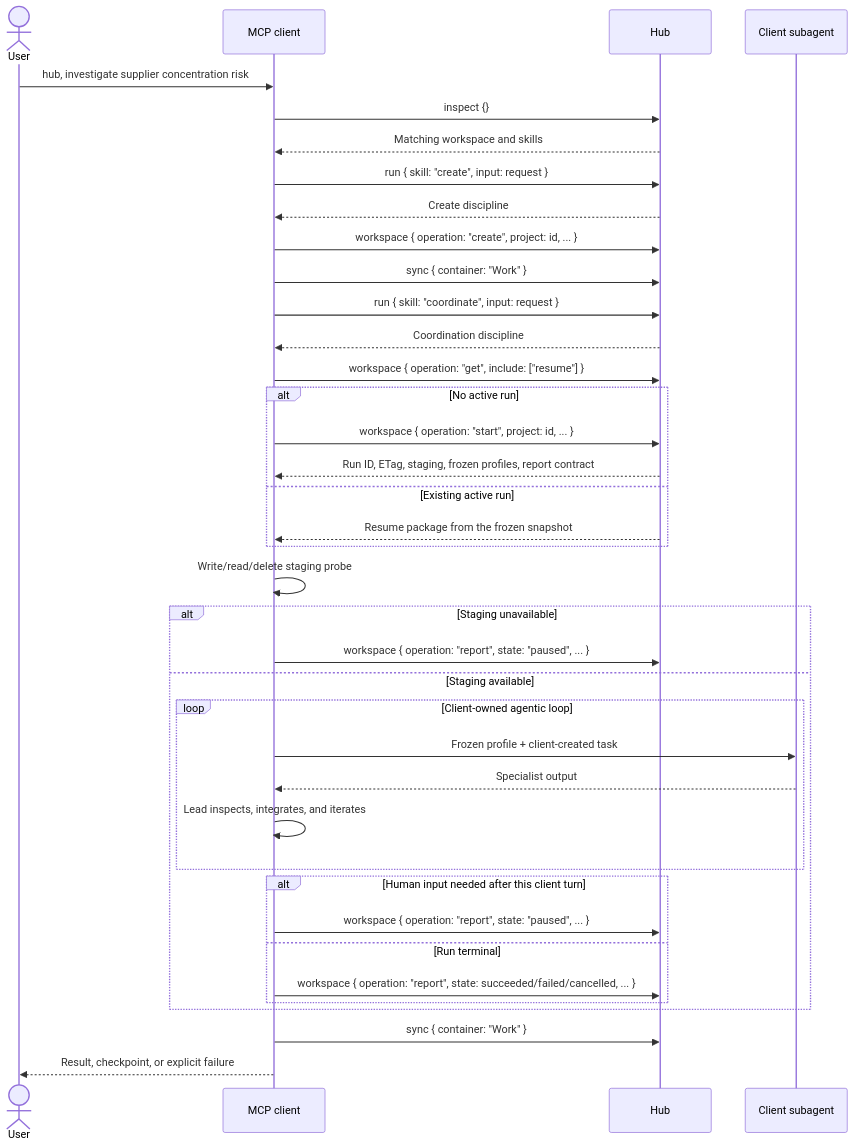
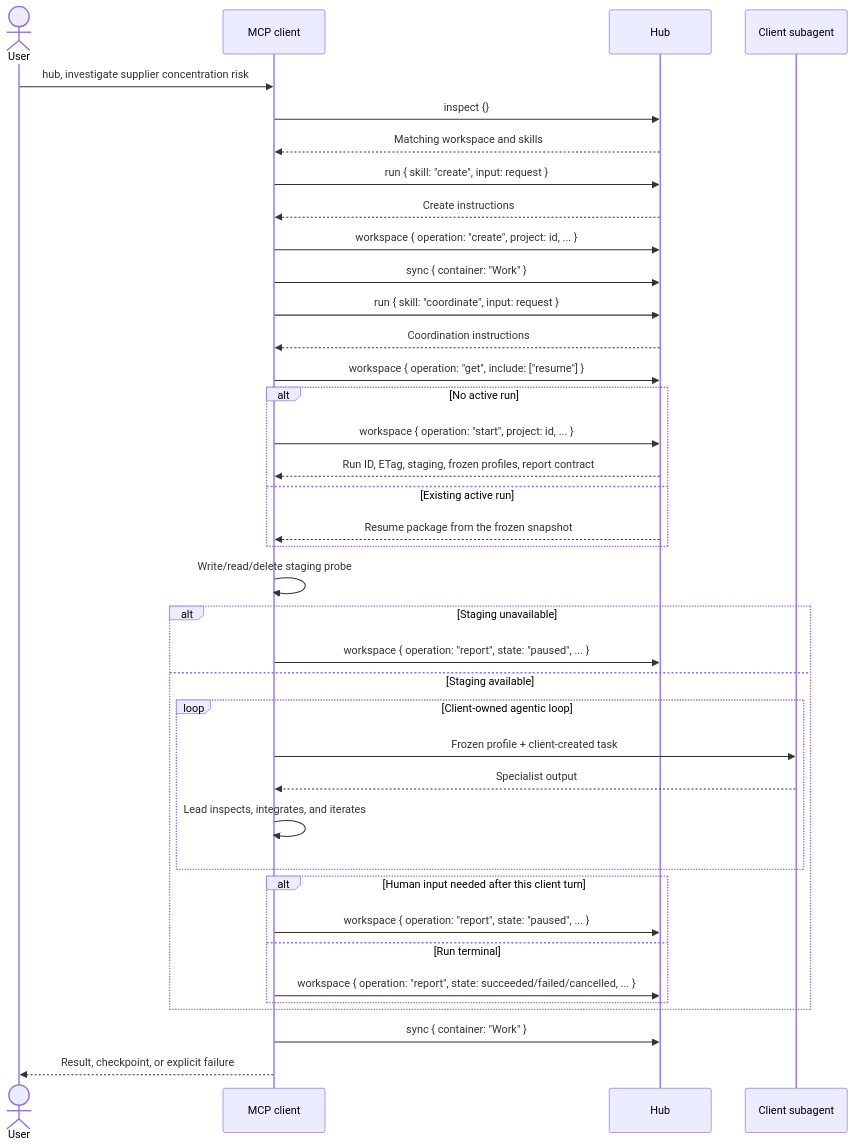
Before and after one commit to dryotta/open-knowledge-hub: the sixth of 6 diagrams in docs/superpowers/specs/2026-07-17-workspace-module-design.md, drawn with Mermaid. The commit also changed other lines of this file and 3 other files, not shown here.

First line of the commit message:
docs: rename workspace "discipline" to "instructions"

````diff
--- a/docs/superpowers/specs/2026-07-17-workspace-module-design.md
+++ b/docs/superpowers/specs/2026-07-17-workspace-module-design.md
@@ -1150,41 +1150,41 @@
 ```mermaid
 sequenceDiagram
     actor U as User
     participant C as MCP client
     participant H as Hub
     participant A as Client subagent
 
     U->>C: hub, investigate supplier concentration risk
     C->>H: inspect {}
     H-->>C: Matching workspace and skills
     C->>H: run { skill: "create", input: request }
-    H-->>C: Create discipline
+    H-->>C: Create instructions
     C->>H: workspace { operation: "create", project: id, ... }
     C->>H: sync { container: "Work" }
     C->>H: run { skill: "coordinate", input: request }
-    H-->>C: Coordination discipline
+    H-->>C: Coordination instructions
     C->>H: workspace { operation: "get", include: ["resume"] }
     alt No active run
         C->>H: workspace { operation: "start", project: id, ... }
         H-->>C: Run ID, ETag, staging, frozen profiles, report contract
     else Existing active run
         H-->>C: Resume package from the frozen snapshot
     end
     C->>C: Write/read/delete staging probe
     alt Staging unavailable
         C->>H: workspace { operation: "report", state: "paused", ... }
     else Staging available
         loop Client-owned agentic loop
             C->>A: Frozen profile + client-created task
             A-->>C: Specialist output
             C->>C: Lead inspects, integrates, and iterates
         end
         alt Human input needed after this client turn
             C->>H: workspace { operation: "report", state: "paused", ... }
         else Run terminal
             C->>H: workspace { operation: "report", state: succeeded/failed/cancelled, ... }
         end
     end
     C->>H: sync { container: "Work" }
     C-->>U: Result, checkpoint, or explicit failure
 ```
````
